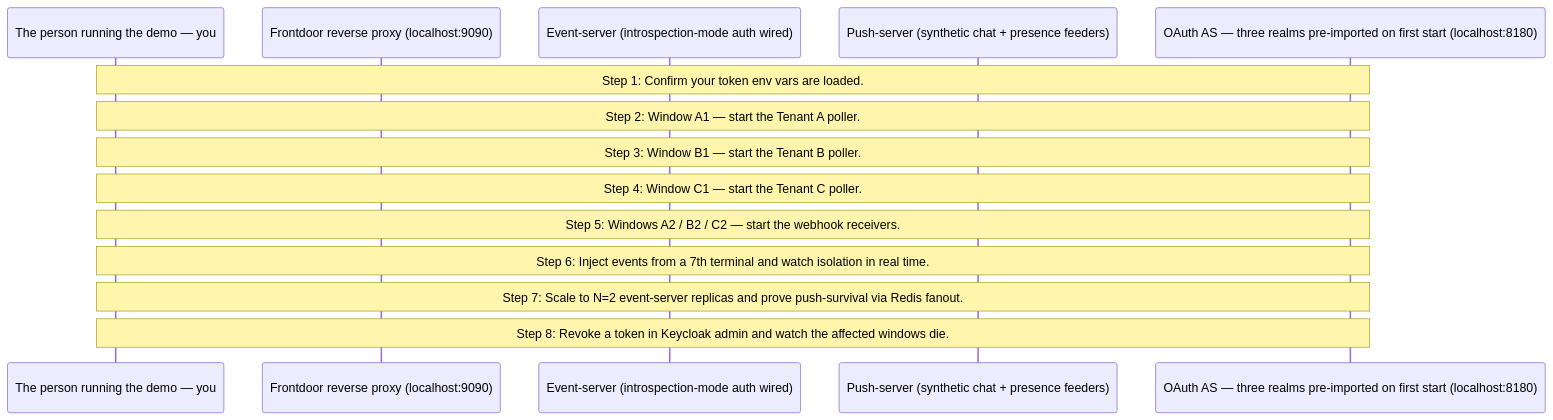
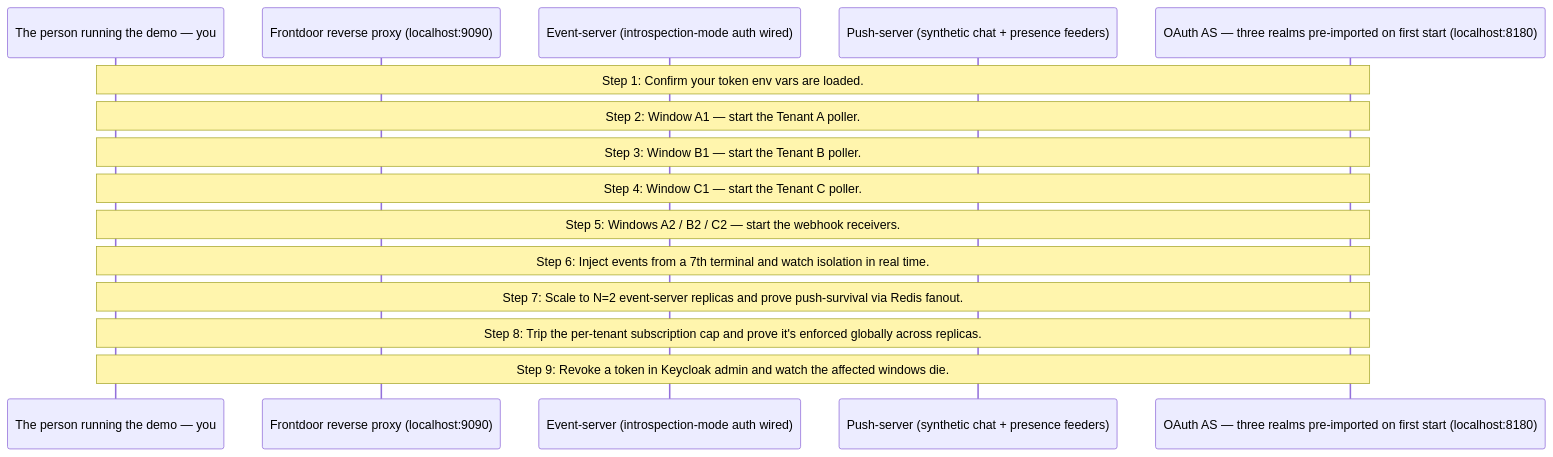
The diagram in examples/events/whole-enchilada/WALKTHROUGH.md (panyam/mcpkit), drawn with Mermaid before and after one commit. The commit also changed other lines of this file and 4 other files, not shown here.

````diff
--- a/examples/events/whole-enchilada/WALKTHROUGH.md
+++ b/examples/events/whole-enchilada/WALKTHROUGH.md
@@ -18,24 +19,26 @@
 ```mermaid
 sequenceDiagram
     participant Operator as The person running the demo — you
     participant Nginx as Frontdoor reverse proxy (localhost:9090)
     participant Server as Event-server (introspection-mode auth wired)
     participant PushServer as Push-server (synthetic chat + presence feeders)
     participant Keycloak as OAuth AS — three realms pre-imported on first start (localhost:8180)
 
     Note over Operator,Keycloak: Step 1: Confirm your token env vars are loaded.
 
     Note over Operator,Keycloak: Step 2: Window A1 — start the Tenant A poller.
 
     Note over Operator,Keycloak: Step 3: Window B1 — start the Tenant B poller.
 
     Note over Operator,Keycloak: Step 4: Window C1 — start the Tenant C poller.
 
     Note over Operator,Keycloak: Step 5: Windows A2 / B2 / C2 — start the webhook receivers.
 
     Note over Operator,Keycloak: Step 6: Inject events from a 7th terminal and watch isolation in real time.
 
     Note over Operator,Keycloak: Step 7: Scale to N=2 event-server replicas and prove push-survival via Redis fanout.
 
-    Note over Operator,Keycloak: Step 8: Revoke a token in Keycloak admin and watch the affected windows die.
+    Note over Operator,Keycloak: Step 8: Trip the per-tenant subscription cap and prove it's enforced globally across replicas.
+
+    Note over Operator,Keycloak: Step 9: Revoke a token in Keycloak admin and watch the affected windows die.
 ```
````
